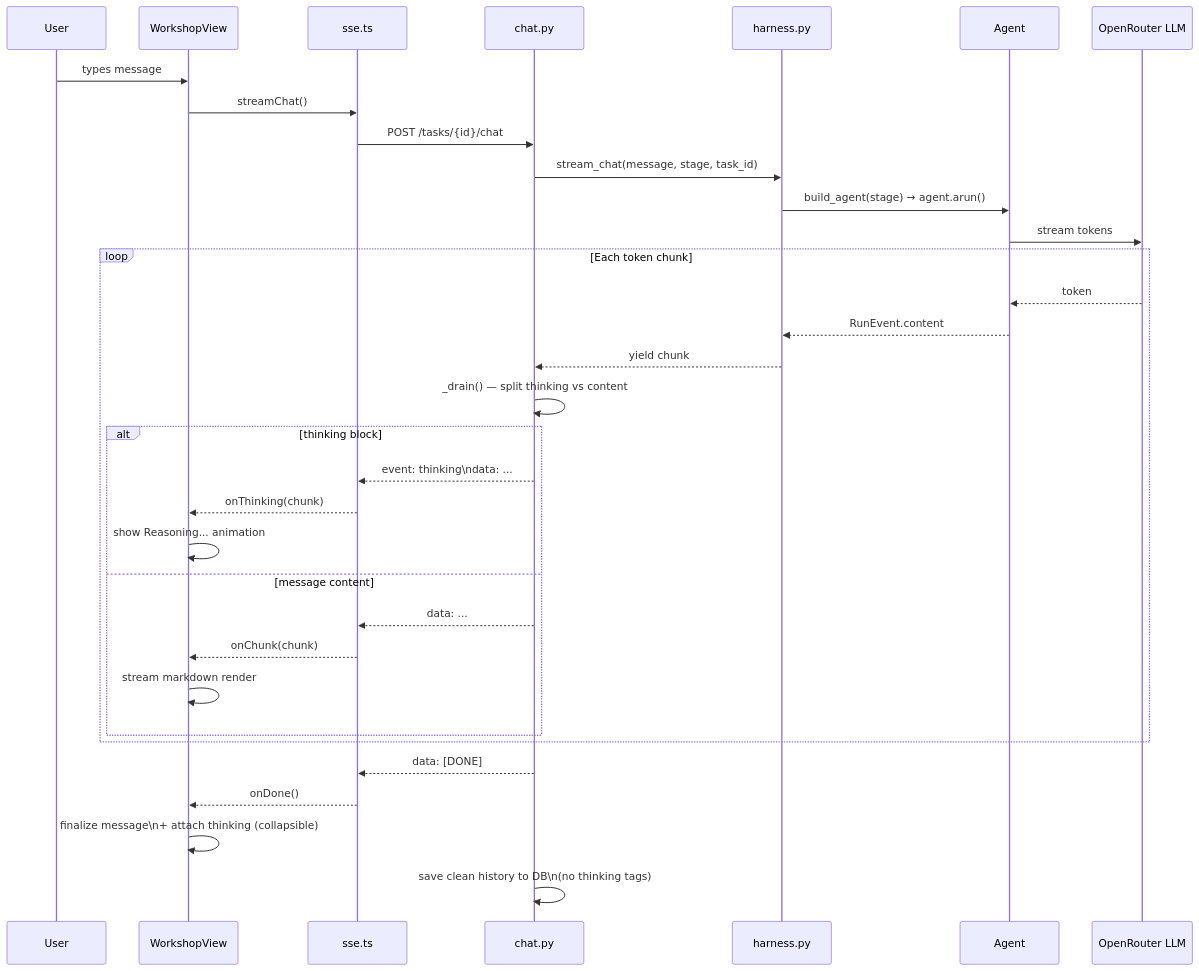
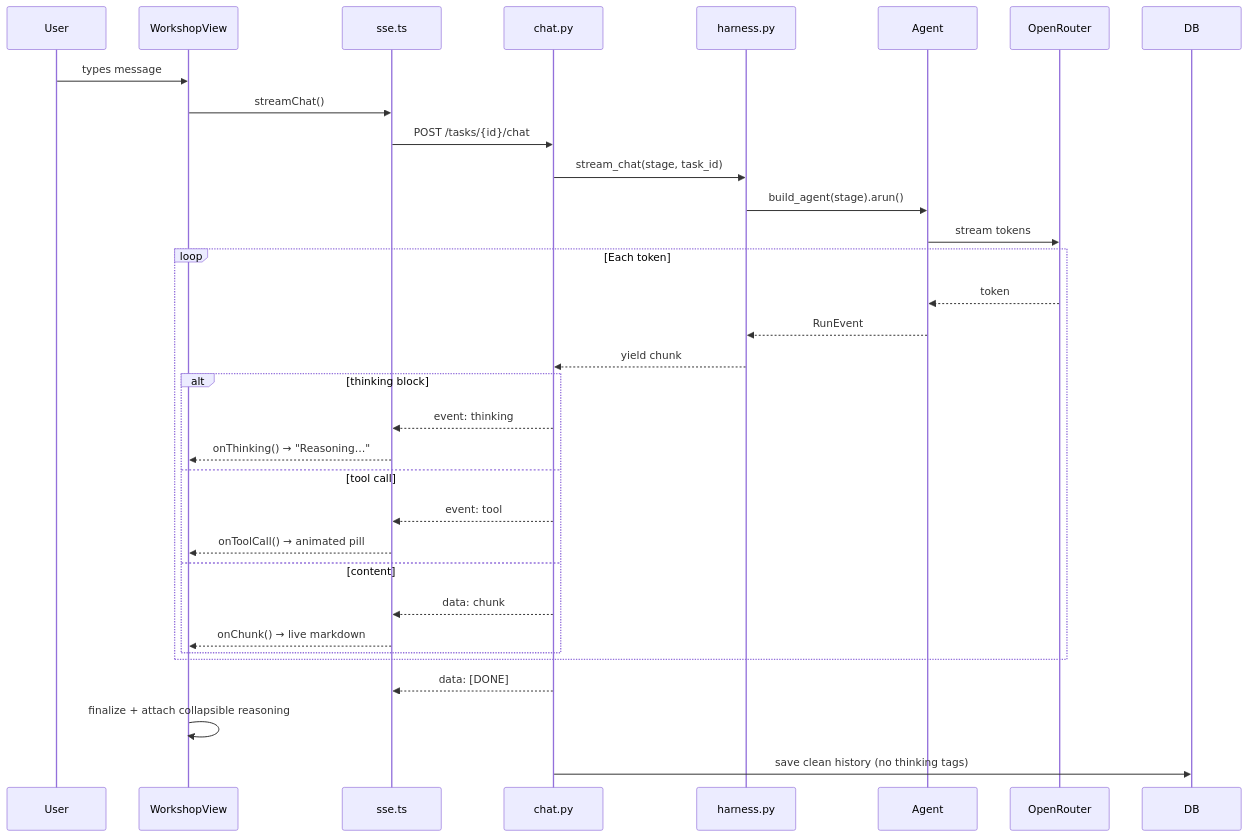
Before and after one commit to prabakaranc98/broCoDDE: the second of 2 diagrams in README.md, drawn with Mermaid. The commit also changed other lines of this file, not shown here.

First line of the commit message:
Rewrite README: Spark/Deep modes and architecture

````diff
--- a/README.md
+++ b/README.md
@@ -78,38 +149,37 @@
 ```mermaid
 sequenceDiagram
     participant U as User
     participant FE as WorkshopView
     participant SSE as sse.ts
     participant CHAT as chat.py
     participant H as harness.py
     participant A as Agent
-    participant LLM as OpenRouter LLM
+    participant LLM as OpenRouter
 
     U->>FE: types message
     FE->>SSE: streamChat()
     SSE->>CHAT: POST /tasks/{id}/chat
-    CHAT->>H: stream_chat(message, stage, task_id)
-    H->>A: build_agent(stage) → agent.arun()
+    CHAT->>H: stream_chat(stage, task_id)
+    H->>A: build_agent(stage).arun()
     A->>LLM: stream tokens
 
-    loop Each token chunk
+    loop Each token
         LLM-->>A: token
-        A-->>H: RunEvent.content
+        A-->>H: RunEvent
         H-->>CHAT: yield chunk
-        CHAT->>CHAT: _drain() — split thinking vs content
         alt thinking block
-            CHAT-->>SSE: event: thinking\ndata: ...
-            SSE-->>FE: onThinking(chunk)
-            FE->>FE: show Reasoning... animation
-        else message content
-            CHAT-->>SSE: data: ...
-            SSE-->>FE: onChunk(chunk)
-            FE->>FE: stream markdown render
+            CHAT-->>SSE: event: thinking
+            SSE-->>FE: onThinking() → "Reasoning…"
+        else tool call
+            CHAT-->>SSE: event: tool
+            SSE-->>FE: onToolCall() → animated pill
+        else content
+            CHAT-->>SSE: data: chunk
+            SSE-->>FE: onChunk() → live markdown
         end
     end
 
     CHAT-->>SSE: data: [DONE]
-    SSE-->>FE: onDone()
-    FE->>FE: finalize message\n+ attach thinking (collapsible)
-    CHAT->>CHAT: save clean history to DB\n(no thinking tags)
+    FE->>FE: finalize + attach collapsible reasoning
+    CHAT->>DB: save clean history (no thinking tags)
 ```
````
